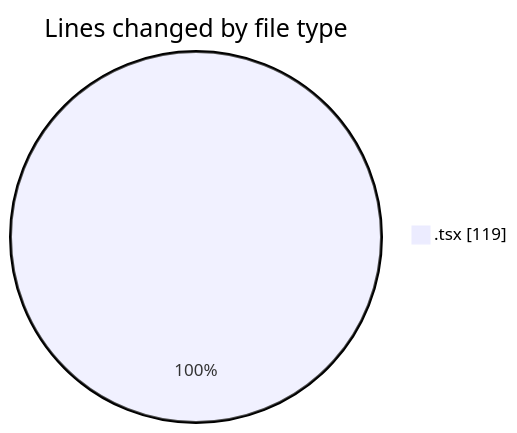
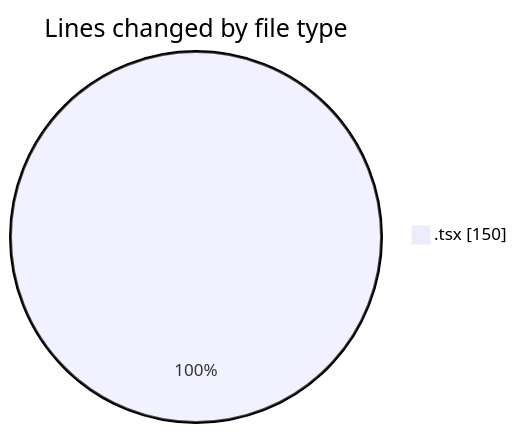
The first of 2 diagrams in 2025-10-09/eventscop-frontend-guide__workspace_/README.md (julien-gomy/code-tracking), drawn with Mermaid before and after one commit. The commit also changed other lines of this file and 1 other file, not shown here.

````diff
--- a/2025-10-09/eventscop-frontend-guide__workspace_/README.md
+++ b/2025-10-09/eventscop-frontend-guide__workspace_/README.md
@@ -20,5 +21,5 @@
 ```mermaid
 pie showData
 title Lines changed by file type
-".tsx" : 119
+".tsx" : 150
 ```
````
